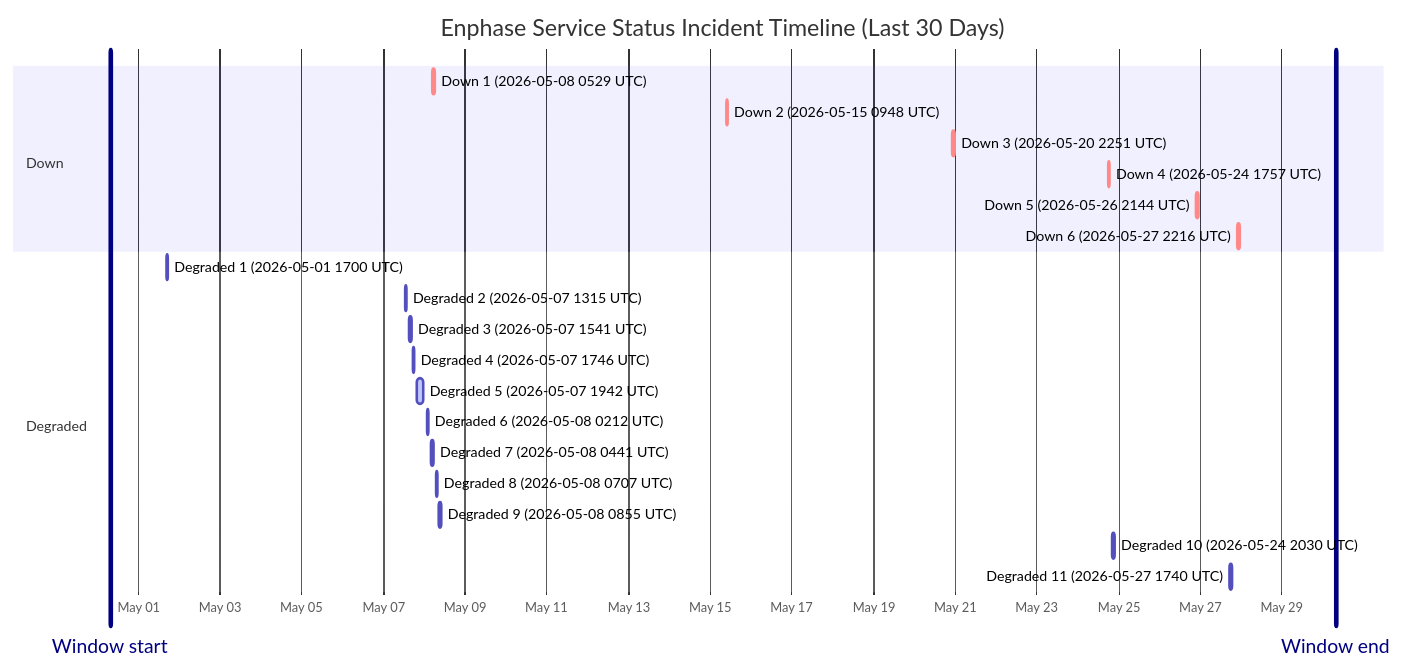
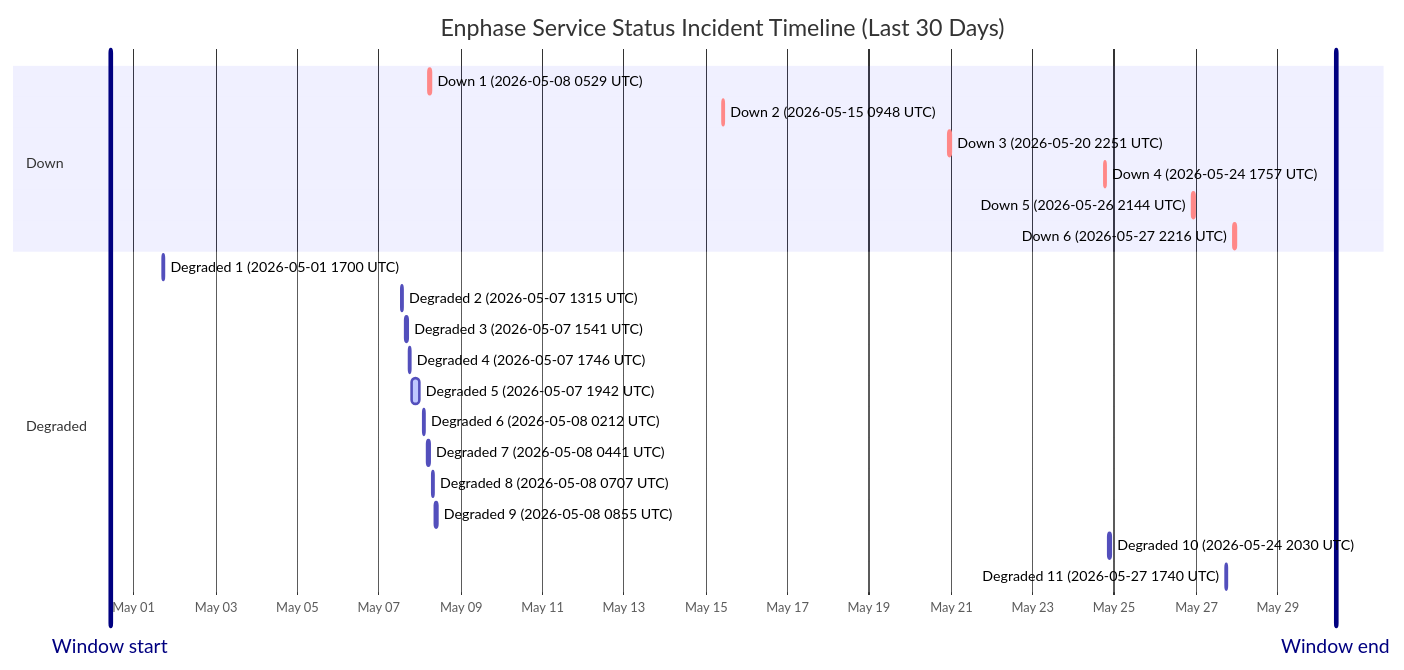
The diagram in wiki/Service-Status-History.md (barneyonline/ha-enphase-ev-charger), drawn with Mermaid before and after one commit. The commit also changed other lines of this file and 3 other files, not shown here.

````diff
--- a/wiki/Service-Status-History.md
+++ b/wiki/Service-Status-History.md
@@ -14,27 +14,27 @@
 ```mermaid
 gantt
     title Enphase Service Status Incident Timeline (Last 30 Days)
     dateFormat  YYYY-MM-DDTHH:mm:ss
     axisFormat  %b %d
-    Window start :vert, window-start, 2026-04-30T07:40:21, 0ms
-    Window end :vert, window-end, 2026-05-30T07:40:21, 0ms
+    Window start :vert, window-start, 2026-04-30T09:59:40, 0ms
+    Window end :vert, window-end, 2026-05-30T09:59:40, 0ms
     section Down
     Down 1 (2026-05-08 0529 UTC) :crit, down-1, 2026-05-08T05:29:47, 60m
     Down 2 (2026-05-15 0948 UTC) :crit, down-2, 2026-05-15T09:48:18, 60m
     Down 3 (2026-05-20 2251 UTC) :crit, down-3, 2026-05-20T22:51:14, 75m
     Down 4 (2026-05-24 1757 UTC) :crit, down-4, 2026-05-24T17:57:41, 86m
     Down 5 (2026-05-26 2144 UTC) :crit, down-5, 2026-05-26T21:44:11, 85m
     Down 6 (2026-05-27 2216 UTC) :crit, down-6, 2026-05-27T22:16:53, 87m
     section Degraded
     Degraded 1 (2026-05-01 1700 UTC) :active, degraded-1, 2026-05-01T17:00:22, 60m
     Degraded 2 (2026-05-07 1315 UTC) :active, degraded-2, 2026-05-07T13:15:25, 60m
     Degraded 3 (2026-05-07 1541 UTC) :active, degraded-3, 2026-05-07T15:41:58, 60m
     Degraded 4 (2026-05-07 1746 UTC) :active, degraded-4, 2026-05-07T17:46:51, 60m
     Degraded 5 (2026-05-07 1942 UTC) :active, degraded-5, 2026-05-07T19:42:10, 249m
     Degraded 6 (2026-05-08 0212 UTC) :active, degraded-6, 2026-05-08T02:12:39, 60m
     Degraded 7 (2026-05-08 0441 UTC) :active, degraded-7, 2026-05-08T04:41:46, 60m
     Degraded 8 (2026-05-08 0707 UTC) :active, degraded-8, 2026-05-08T07:07:30, 60m
     Degraded 9 (2026-05-08 0855 UTC) :active, degraded-9, 2026-05-08T08:55:20, 88m
     Degraded 10 (2026-05-24 2030 UTC) :active, degraded-10, 2026-05-24T20:30:57, 84m
     Degraded 11 (2026-05-27 1740 UTC) :active, degraded-11, 2026-05-27T17:40:52, 60m
 ```
````
